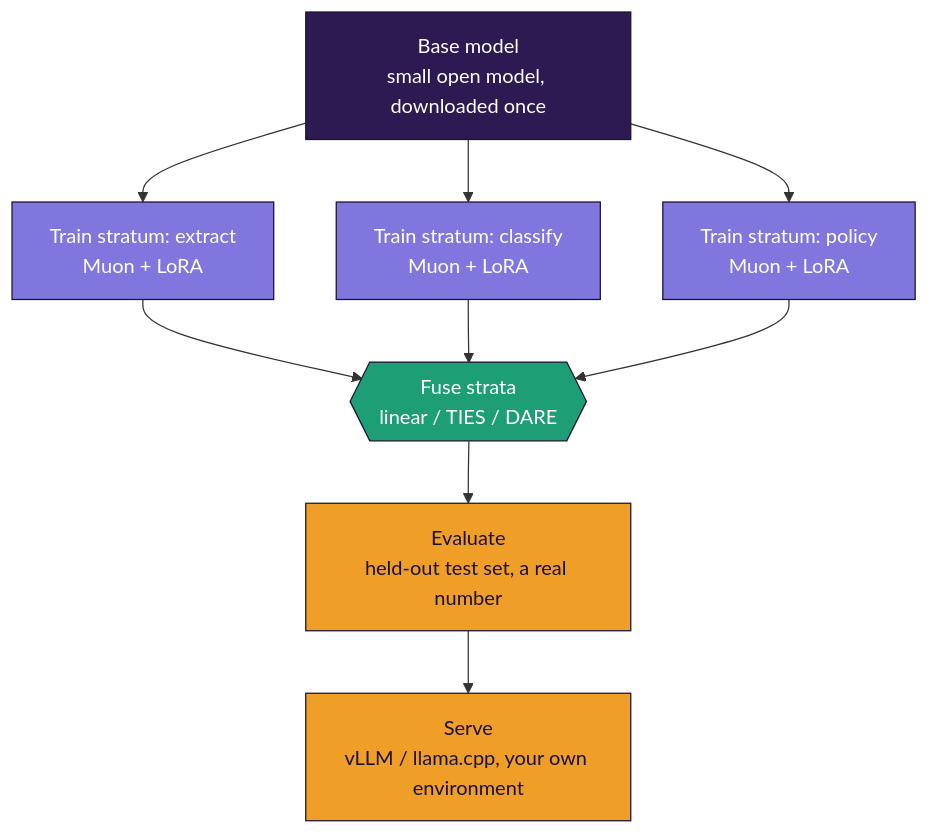
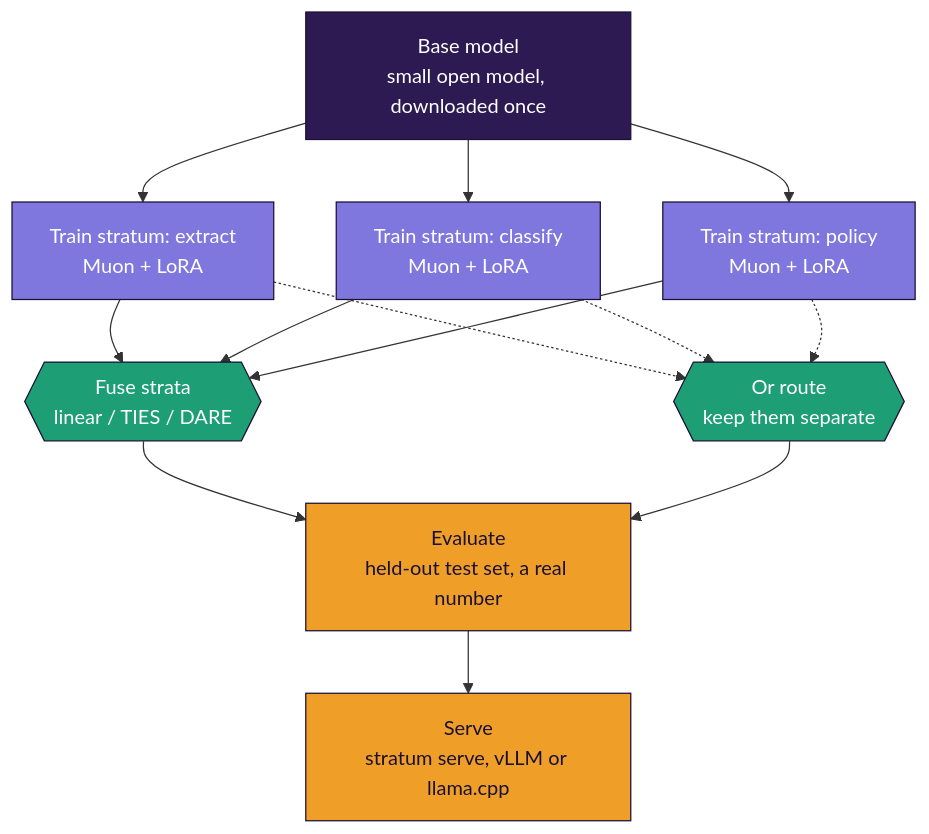
Before and after one commit to kapoorsunny/stratum: the diagram in README.md, drawn with Mermaid. The commit also changed other lines of this file and 1 other file, not shown here.

````diff
--- a/README.md
+++ b/README.md
@@ -93,21 +113,25 @@
 ```mermaid
 flowchart TD
     B[Base model<br/>small open model, downloaded once]
     B --> T1[Train stratum: extract<br/>Muon + LoRA]
     B --> T2[Train stratum: classify<br/>Muon + LoRA]
     B --> T3[Train stratum: policy<br/>Muon + LoRA]
     T1 --> M{{Fuse strata<br/>linear / TIES / DARE}}
     T2 --> M
     T3 --> M
+    T1 -.-> R{{Or route<br/>keep them separate}}
+    T2 -.-> R
+    T3 -.-> R
     M --> E[Evaluate<br/>held-out test set, a real number]
-    E --> S[Serve<br/>vLLM / llama.cpp, your own environment]
+    R --> E
+    E --> S[Serve<br/>stratum serve, vLLM or llama.cpp]
 
     classDef base fill:#2d1a52,stroke:#1b1035,color:#fff
     classDef tile fill:#7F77DD,stroke:#1b1035,color:#fff
     classDef fuse fill:#1D9E75,stroke:#1b1035,color:#fff
     classDef out fill:#EF9F27,stroke:#1b1035,color:#1b1035
     class B base
     class T1,T2,T3 tile
-    class M fuse
+    class M,R fuse
     class E,S out
 ```
````
